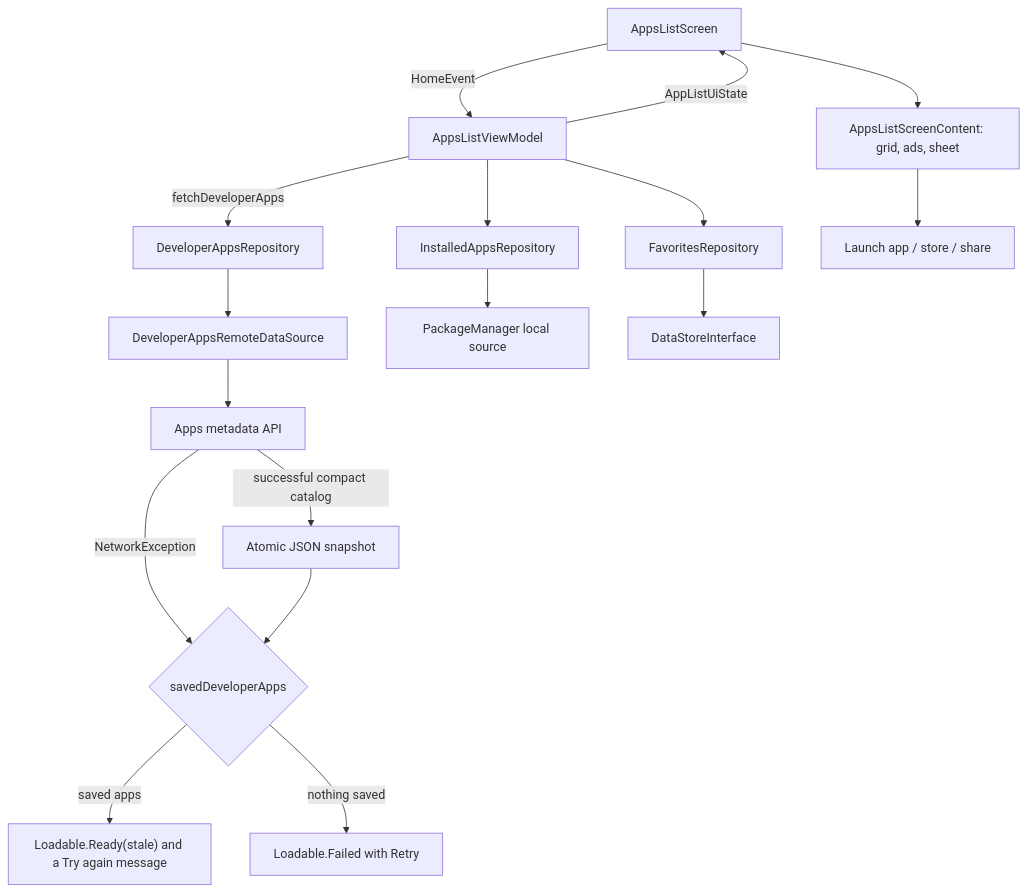
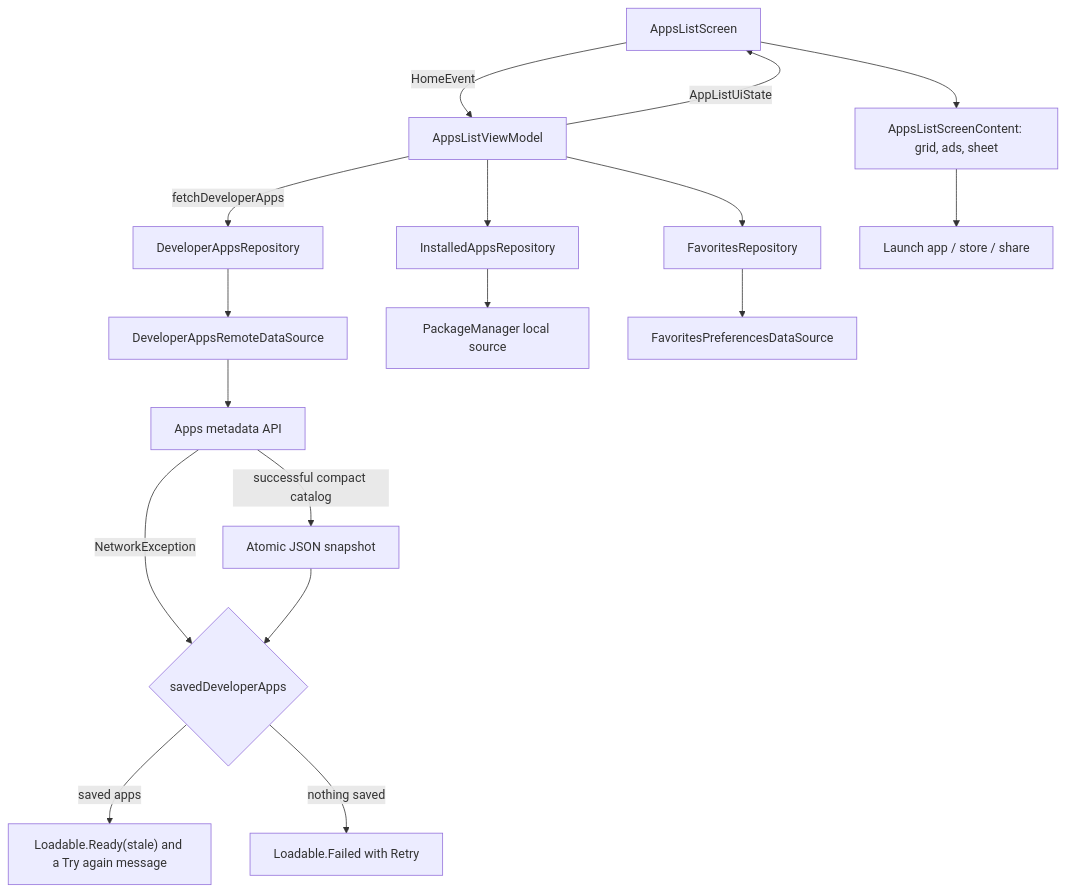
The diagram in sample/feature/apps/README.md (MihaiCristianCondrea/App-Toolkit-for-Android), drawn with Mermaid before and after one commit. The commit also changed other lines of this file and 83 other files, not shown here.

````diff
--- a/sample/feature/apps/README.md
+++ b/sample/feature/apps/README.md
@@ -46,19 +48,19 @@
 ```mermaid
 flowchart TD
     Screen[AppsListScreen] -->|HomeEvent| VM[AppsListViewModel]
     VM -->|fetchDeveloperApps| Developer[DeveloperAppsRepository]
     Developer --> Remote[DeveloperAppsRemoteDataSource]
     Remote --> Api[Apps metadata API]
     Api -->|successful compact catalog| Cache[Atomic JSON snapshot]
     Api -->|NetworkException| Fallback{savedDeveloperApps}
     Cache --> Fallback
     Fallback -->|saved apps| Stale["Loadable.Ready(stale) and a Try again message"]
     Fallback -->|nothing saved| Failed[Loadable.Failed with Retry]
     VM --> Installed[InstalledAppsRepository]
     Installed --> Packages[PackageManager local source]
     VM --> Favorites[FavoritesRepository]
-    Favorites --> Store[DataStoreInterface]
+    Favorites --> Store[FavoritesPreferencesDataSource]
     VM -->|AppListUiState| Screen
     Screen --> Content[AppsListScreenContent: grid, ads, sheet]
     Content --> Actions[Launch app / store / share]
 ```
````
